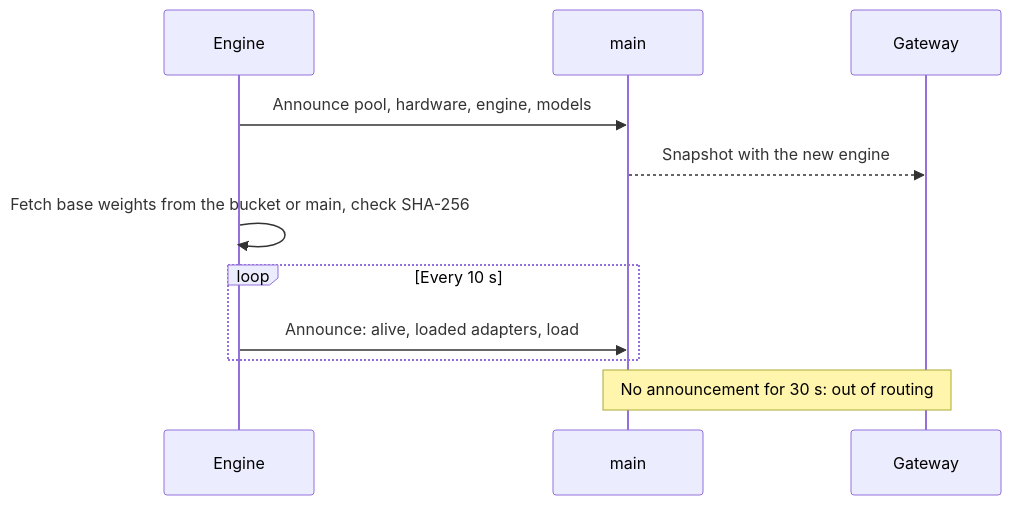
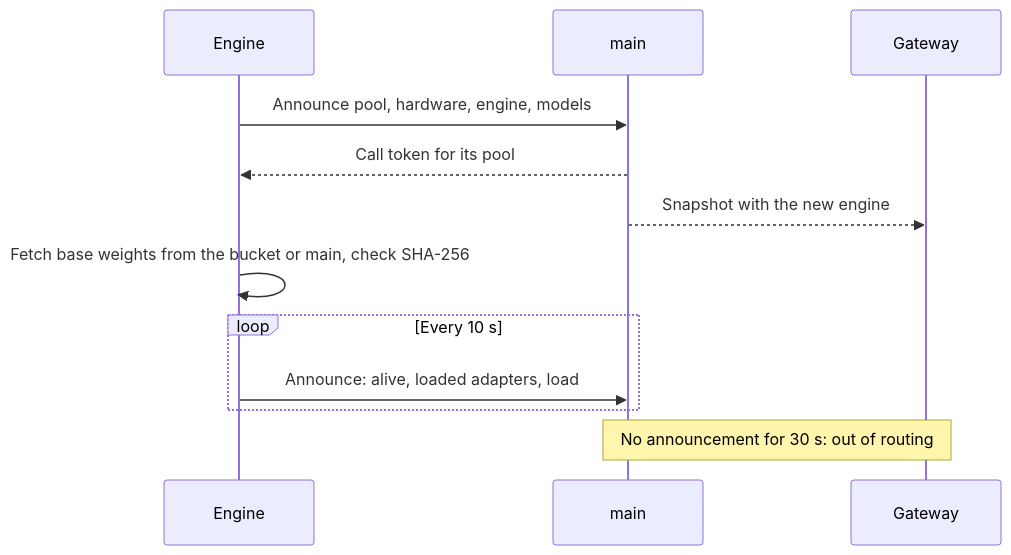
Before and after one commit to getminibrain/minibrain: the fifth of 5 diagrams in docs/reference/how-serving-works.md, drawn with Mermaid. The commit also changed other lines of this file and 30 other files, not shown here.

First line of the commit message:
fix(serving): engines answer only main and gateways holding their pool's call token

````diff
--- a/docs/reference/how-serving-works.md
+++ b/docs/reference/how-serving-works.md
@@ -150,13 +150,14 @@
 ```mermaid
 sequenceDiagram
     participant EN as Engine
     participant MA as main
     participant GW as Gateway
     EN->>MA: Announce pool, hardware, engine, models
+    MA-->>EN: Call token for its pool
     MA-->>GW: Snapshot with the new engine
     EN->>EN: Fetch base weights from the bucket or main, check SHA-256
     loop Every 10 s
         EN->>MA: Announce: alive, loaded adapters, load
     end
     Note over MA,GW: No announcement for 30 s: out of routing
 ```
````
